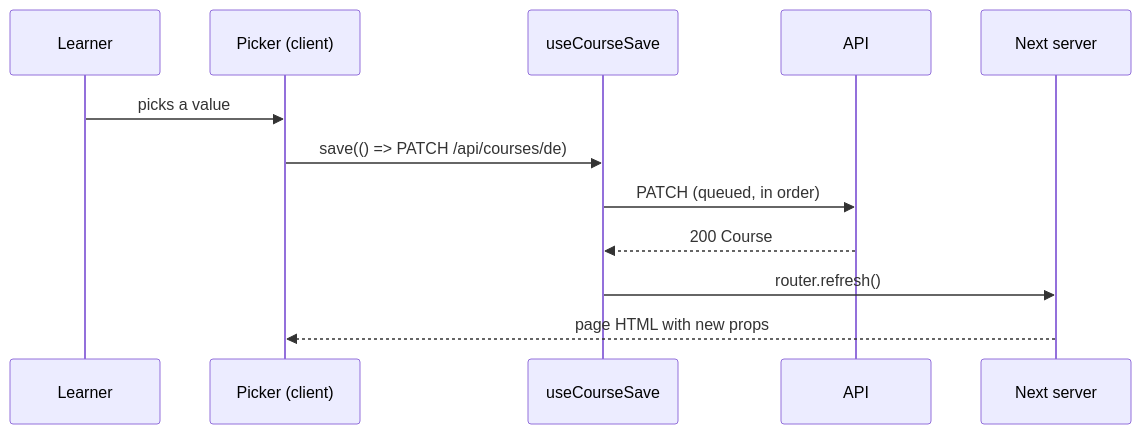
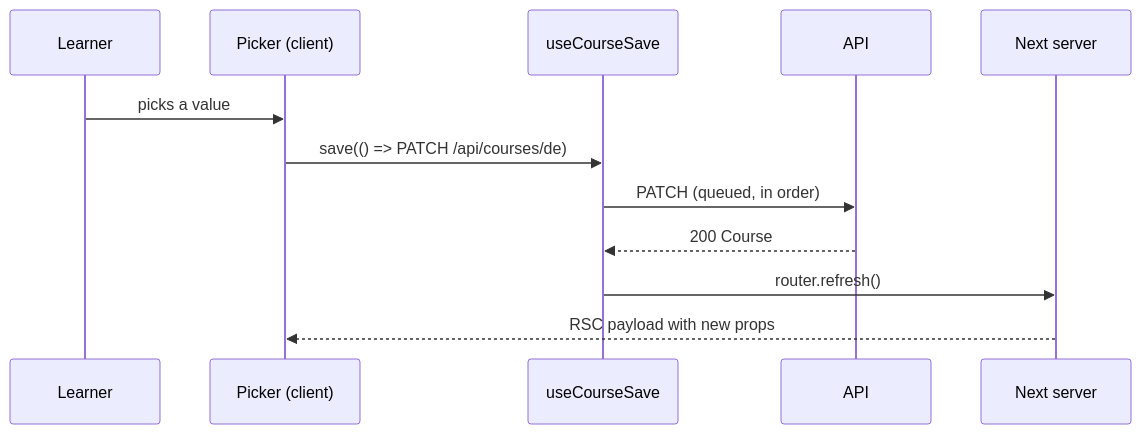
Before and after one commit to VictorBro/ft_transcendence: the fifth of 9 diagrams in docs/web/06-learning-pages.md, drawn with Mermaid. The commit also changed other lines of this file and 59 other files, not shown here.

````diff
--- a/docs/web/06-learning-pages.md
+++ b/docs/web/06-learning-pages.md
@@ -525,14 +525,14 @@
 ```mermaid
 sequenceDiagram
     participant U as Learner
     participant C as Picker (client)
     participant H as useCourseSave
     participant A as API
     participant S as Next server
     U->>C: picks a value
     C->>H: save(() => PATCH /api/courses/de)
     H->>A: PATCH (queued, in order)
     A-->>H: 200 Course
     H->>S: router.refresh()
-    S-->>C: page HTML with new props
+    S-->>C: RSC payload with new props
 ```
````
